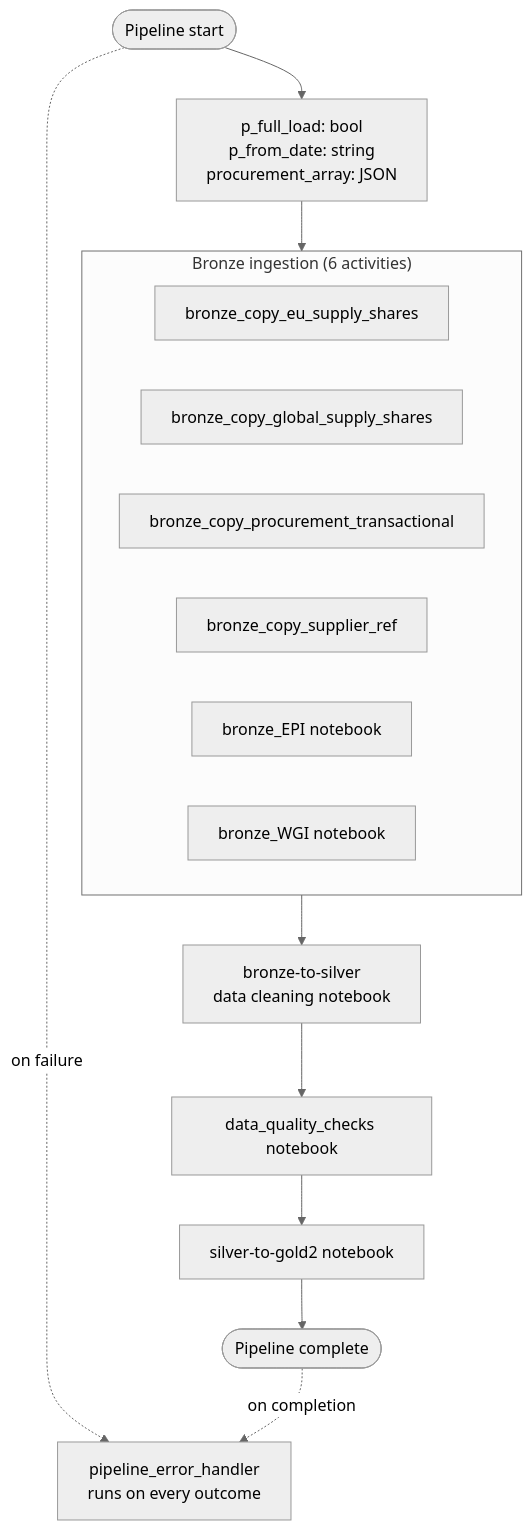
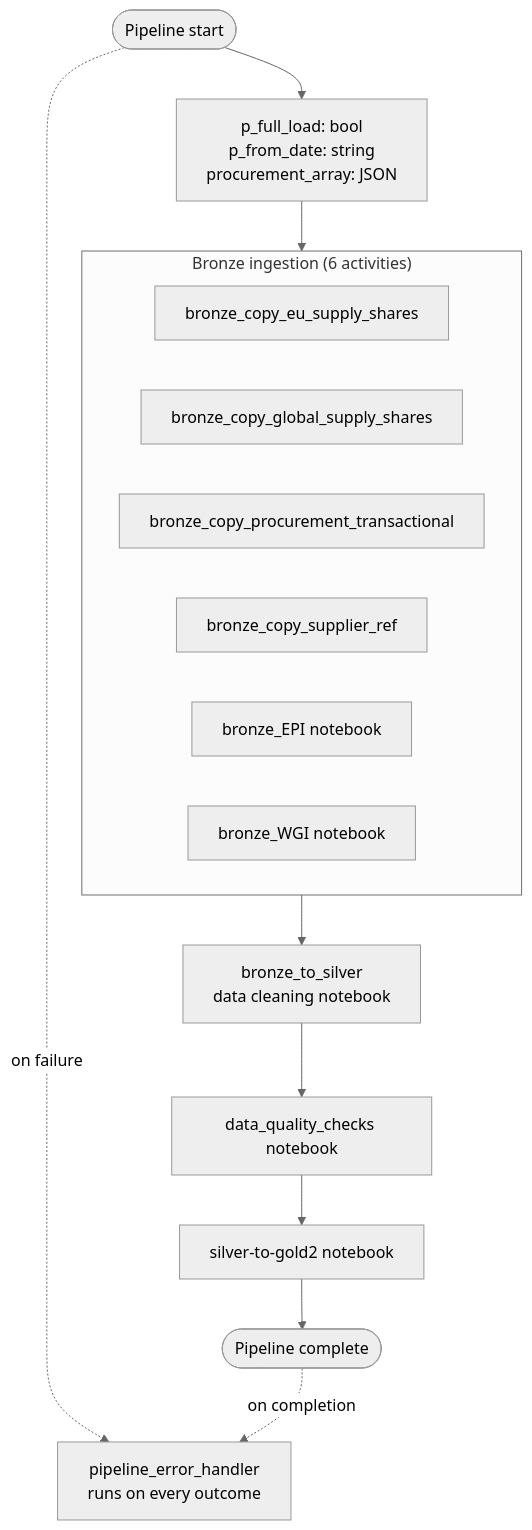
Before and after one commit to erikemilsson/OEMMatInsightBI: the second of 4 diagrams in docs/architecture/data-flow-diagram.md, drawn with Mermaid (neutral theme). The commit also changed other lines of this file and 29 other files, not shown here.

First line of the commit message:
cleanup(phase-5): repo lockstep for notebook rename bronze-to-silver → bronze_to_silver

````diff
--- a/docs/architecture/data-flow-diagram.md
+++ b/docs/architecture/data-flow-diagram.md
@@ -85,25 +85,25 @@
 ```mermaid
 flowchart TB
     Start([Pipeline start])
     Params[p_full_load: bool<br/>p_from_date: string<br/>procurement_array: JSON]
 
     subgraph Bronze["Bronze ingestion (6 activities)"]
         BC1[bronze_copy_eu_supply_shares]
         BC2[bronze_copy_global_supply_shares]
         BC3[bronze_copy_procurement_transactional]
         BC4[bronze_copy_supplier_ref]
         BE[bronze_EPI notebook]
         BW[bronze_WGI notebook]
     end
 
-    BS[bronze-to-silver<br/>data cleaning notebook]
+    BS[bronze_to_silver<br/>data cleaning notebook]
     DQ[data_quality_checks notebook]
     SG[silver-to-gold2 notebook]
     EH[pipeline_error_handler<br/>runs on every outcome]
     End([Pipeline complete])
 
     Start --> Params --> Bronze
     Bronze --> BS --> DQ --> SG --> End
     Start -.on failure.-> EH
     End -.on completion.-> EH
 ```
````
